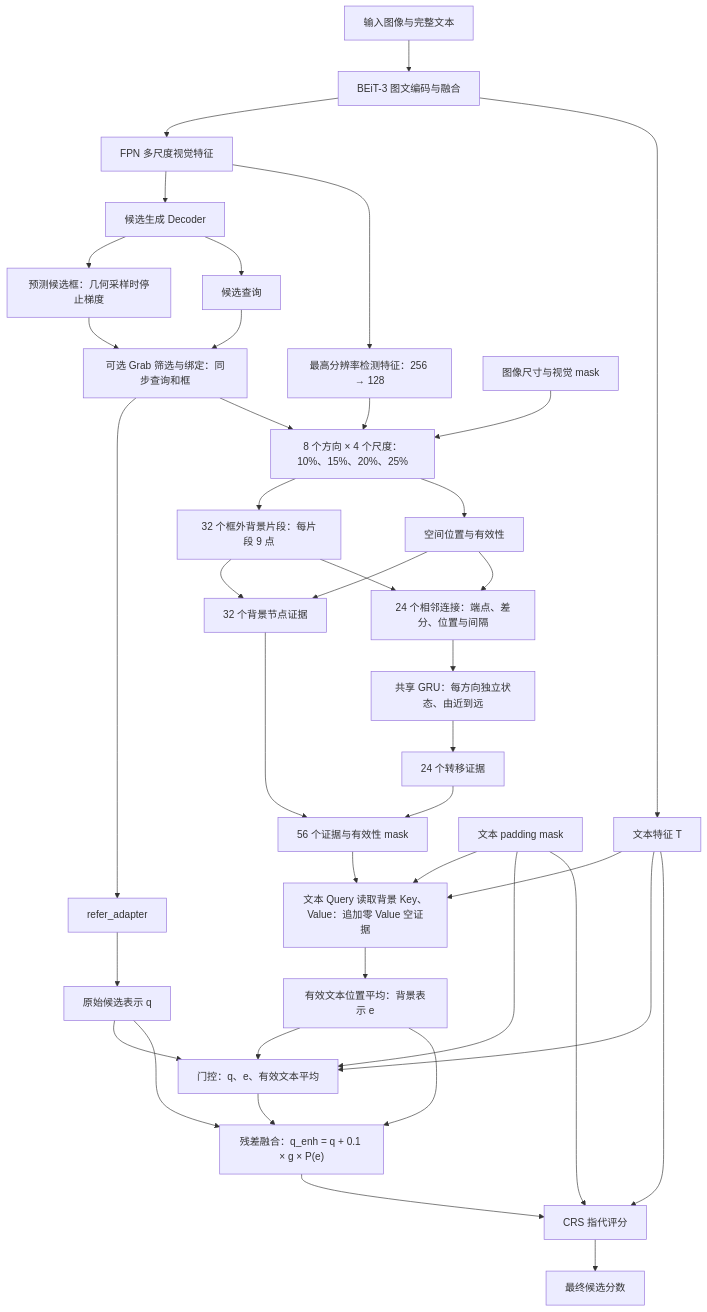
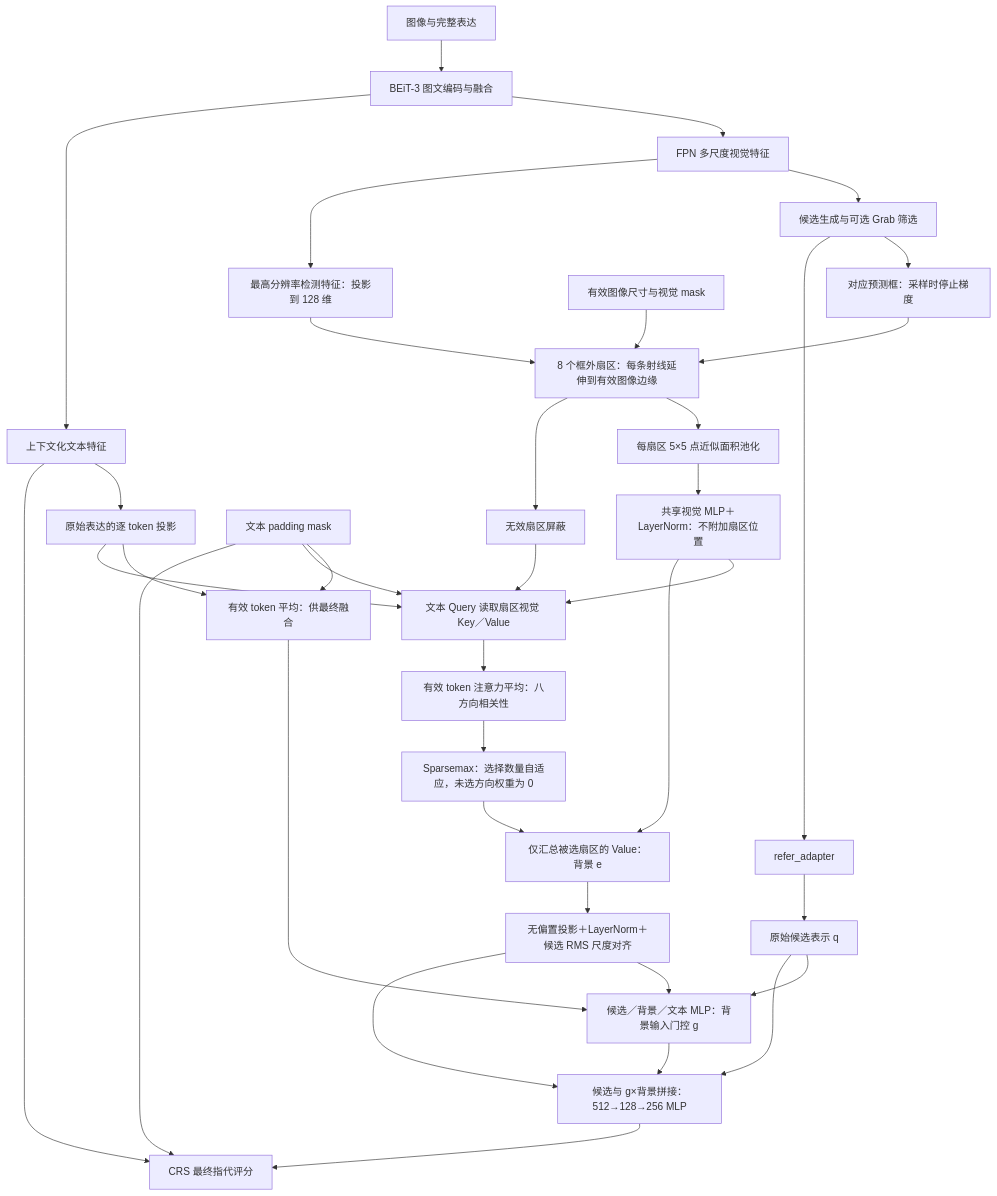
Before and after one commit to liuzengyun/PropVG: the diagram in BCEM_method.md, drawn with Mermaid. The commit also changed other lines of this file and 5 other files, not shown here.

```diff
--- a/BCEM_method.md
+++ b/BCEM_method.md
@@ -467,42 +391,38 @@
 ~~~mermaid
 flowchart TD
-    I["输入图像与完整文本"] --> ENC["BEiT-3 图文编码与融合"]
+    I["图像与完整表达"] --> ENC["BEiT-3 图文编码与融合"]
     ENC --> FPN["FPN 多尺度视觉特征"]
-    ENC --> T["文本特征 T"]
-    FPN --> DEC["候选生成 Decoder"]
-    DEC --> BOX["预测候选框：几何采样时停止梯度"]
-    DEC --> Q0["候选查询"]
-    Q0 --> BIND["可选 Grab 筛选与绑定：同步查询和框"]
-    BOX --> BIND
-    BIND --> ADP["refer_adapter"]
+    ENC --> TEXT["上下文化文本特征"]
+    FPN --> DEC["候选生成与可选 Grab 筛选"]
+    DEC --> BOX["对应预测框：采样时停止梯度"]
+    DEC --> ADP["refer_adapter"]
     ADP --> Q["原始候选表示 q"]
-    BIND --> SAMP["8 个方向 × 4 个尺度：10%、15%、20%、25%"]
-    FPN --> PROJ["最高分辨率检测特征：256 → 128"]
-    PROJ --> SAMP
-    MASK["图像尺寸与视觉 mask"] --> SAMP
-    SAMP --> U["32 个框外背景片段：每片段 9 点"]
-    SAMP --> Z["空间位置与有效性"]
-    U --> NODE["32 个背景节点证据"]
-    Z --> NODE
-    U --> PAIR["24 个相邻连接：端点、差分、位置与间隔"]
-    Z --> PAIR
-    PAIR --> GRU["共享 GRU：每方向独立状态、由近到远"]
-    GRU --> TR["24 个转移证据"]
-    NODE --> E["56 个证据与有效性 mask"]
-    TR --> E
-    E --> READ["文本 Query 读取背景 Key、Value：追加零 Value 空证据"]
-    T --> READ
-    TM["文本 padding mask"] --> READ
-    READ --> EP["有效文本位置平均：背景表示 e"]
-    EP --> G["门控：q、e、有效文本平均"]
-    Q --> G
-    T --> G
-    TM --> G
-    G --> FUSE["残差融合：q_enh = q + 0.1 × g × P(e)"]
-    EP --> FUSE
+    FPN --> FM["最高分辨率检测特征：投影到 128 维"]
+    BOX --> SECTOR["8 个框外扇区：每条射线延伸到有效图像边缘"]
+    FM --> SECTOR
+    MASK["有效图像尺寸与视觉 mask"] --> SECTOR
+    SECTOR --> POOL["每扇区 5×5 点近似面积池化"]
+    POOL --> BG["共享视觉 MLP＋LayerNorm：不附加扇区位置"]
+    TEXT --> TOK["原始表达的逐 token 投影"]
+    TOK --> SENT["有效 token 平均：供最终融合"]
+    TM["文本 padding mask"] --> SENT
+    TOK --> READ["文本 Query 读取扇区视觉 Key／Value"]
+    TM --> READ
+    BG --> READ
+    SECTOR --> VM["无效扇区屏蔽"]
+    VM --> READ
+    READ --> REL["有效 token 注意力平均：八方向相关性"]
+    REL --> SELECT["Sparsemax：选择数量自适应，未选方向权重为 0"]
+    SELECT --> SUM["仅汇总被选扇区的 Value：背景 e"]
+    BG --> SUM
+    SUM --> ALIGN["无偏置投影＋LayerNorm＋候选 RMS 尺度对齐"]
+    ALIGN --> GATE["候选／背景／文本 MLP：背景输入门控 g"]
+    Q --> GATE
+    SENT --> GATE
+    GATE --> FUSE["候选与 g×背景拼接：512→128→256 MLP"]
+    ALIGN --> FUSE
     Q --> FUSE
-    FUSE --> CRS["CRS 指代评分"]
-    T --> CRS
+    FUSE --> CRS["CRS 最终指代评分"]
+    TEXT --> CRS
     TM --> CRS
-    CRS --> SCORE["最终候选分数"]
 ~~~
```
